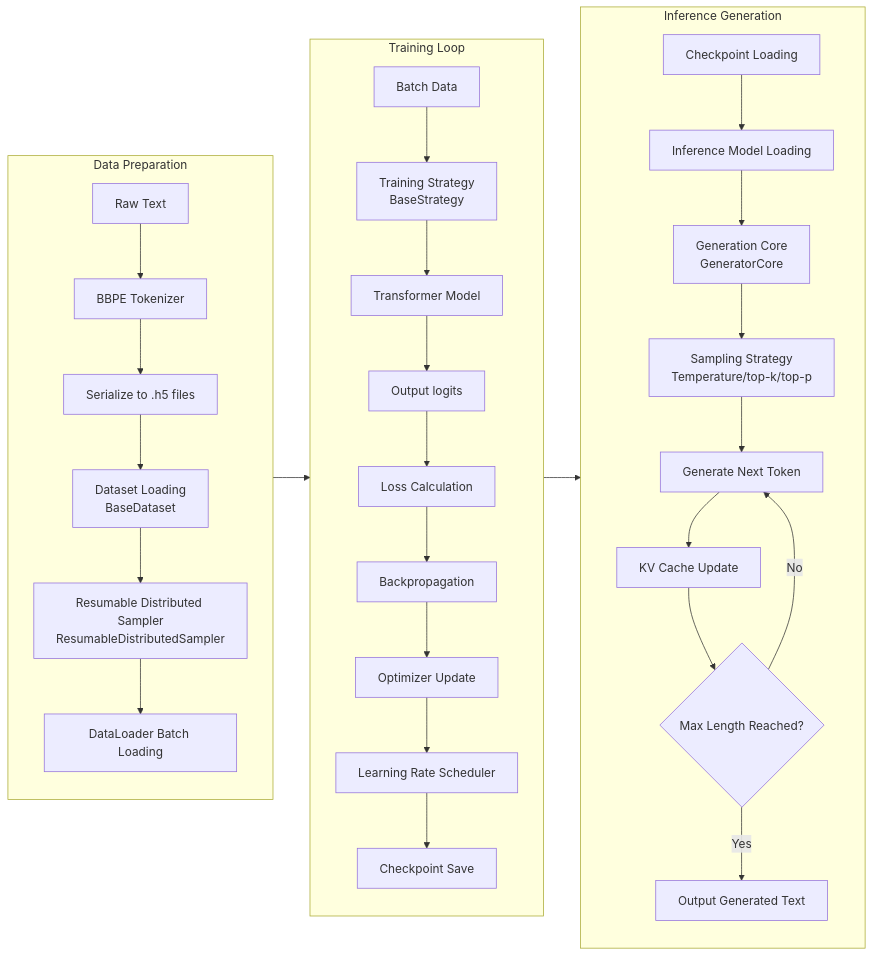
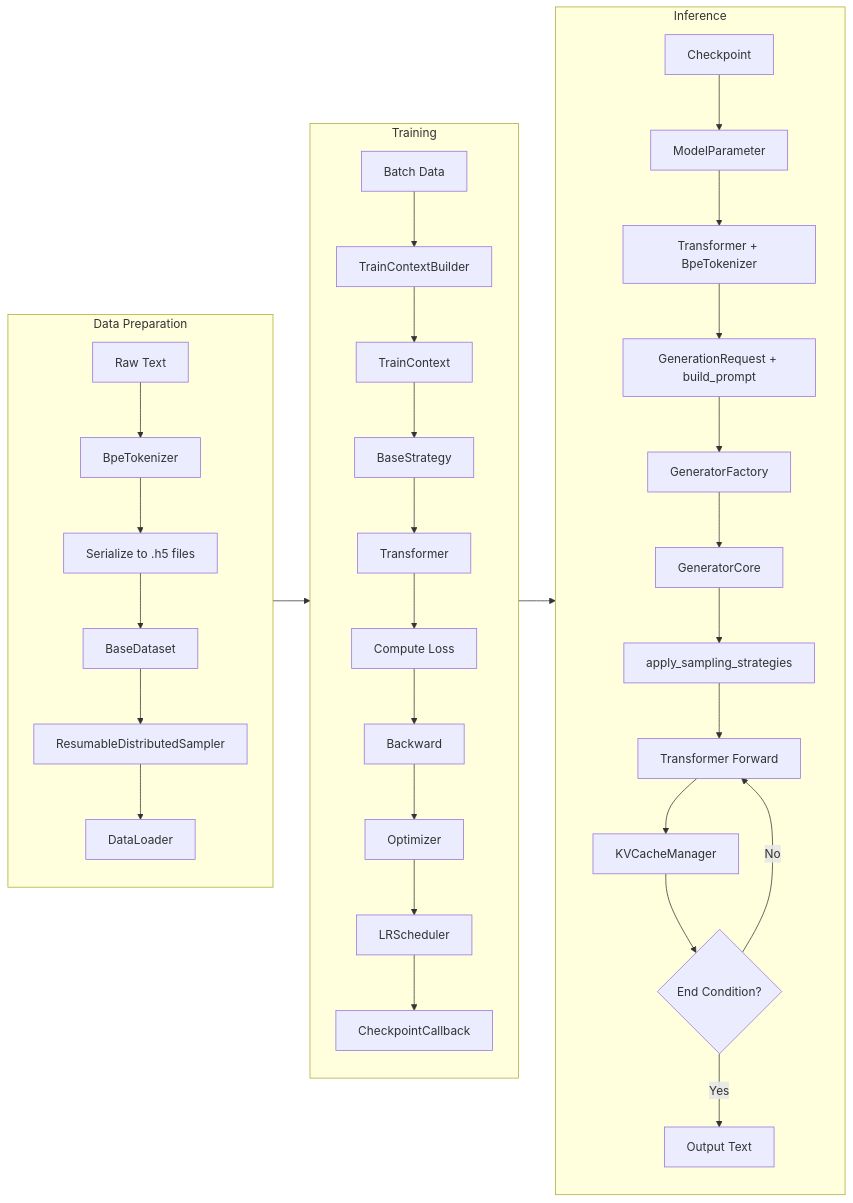
The diagram in assets/docs/dataflow.md (ViperEkura/KHAOSZ), drawn with Mermaid before and after one commit. The commit also changed other lines of this file and 1 other file, not shown here.

Commit message:
docs:  更新文档类图等

````diff
--- a/assets/docs/dataflow.md
+++ b/assets/docs/dataflow.md
@@ -19,38 +19,42 @@
 ```mermaid
 flowchart LR
     subgraph A[Data Preparation]
         direction TB
-        A1[Raw Text] --> A2[BBPE Tokenizer]
+        A1[Raw Text] --> A2[BpeTokenizer]
         A2 --> A3[Serialize to .h5 files]
-        A3 --> A4[Dataset Loading<br/>BaseDataset]
-        A4 --> A5[Resumable Distributed Sampler<br/>ResumableDistributedSampler]
-        A5 --> A6[DataLoader Batch Loading]
+        A3 --> A4[BaseDataset]
+        A4 --> A5[ResumableDistributedSampler]
+        A5 --> A6[DataLoader]
     end
 
-    subgraph B[Training Loop]
+    subgraph B[Training]
         direction TB
-        B1[Batch Data] --> B2[Training Strategy<br/>BaseStrategy]
-        B2 --> B3[Transformer Model]
-        B3 --> B4[Output logits]
-        B4 --> B5[Loss Calculation]
-        B5 --> B6[Backpropagation]
-        B6 --> B7[Optimizer Update]
-        B7 --> B8[Learning Rate Scheduler]
-        B8 --> B9[Checkpoint Save]
+        B1[Batch Data] --> B2[TrainContextBuilder]
+        B2 --> B3[TrainContext]
+        B3 --> B4[BaseStrategy]
+        B4 --> B5[Transformer]
+        B5 --> B6[Compute Loss]
+        B6 --> B7[Backward]
+        B7 --> B8[Optimizer]
+        B8 --> B9[LRScheduler]
+        B9 --> B10[CheckpointCallback]
     end
 
-    subgraph C[Inference Generation]
+    subgraph C[Inference]
         direction TB
-        C1[Checkpoint Loading] --> C2[Inference Model Loading]
-        C2 --> C3[Generation Core<br/>GeneratorCore]
-        C3 --> C4[Sampling Strategy<br/>Temperature/top-k/top-p]
-        C4 --> C5[Generate Next Token]
-        C5 --> C6[KV Cache Update]
-        C6 --> C7{Max Length Reached?}
-        C7 -->|No| C5
-        C7 -->|Yes| C8[Output Generated Text]
+        C1[Checkpoint] --> C2[ModelParameter]
+        C2 --> C3[Transformer + BpeTokenizer]
+        C3 --> C4[GenerationRequest + build_prompt]
+        C4 --> C5[GeneratorFactory]
+        C5 --> C6[GeneratorCore]
+        C6 --> C7[apply_sampling_strategies]
+        C7 --> C8[Transformer Forward]
+        C8 --> C9[KVCacheManager]
+        C9 --> C10{End Condition?}
+        C10 -->|No| C8
+        C10 -->|Yes| C11[Output Text]
     end
 
     A --> B
     B --> C
 ```
````
